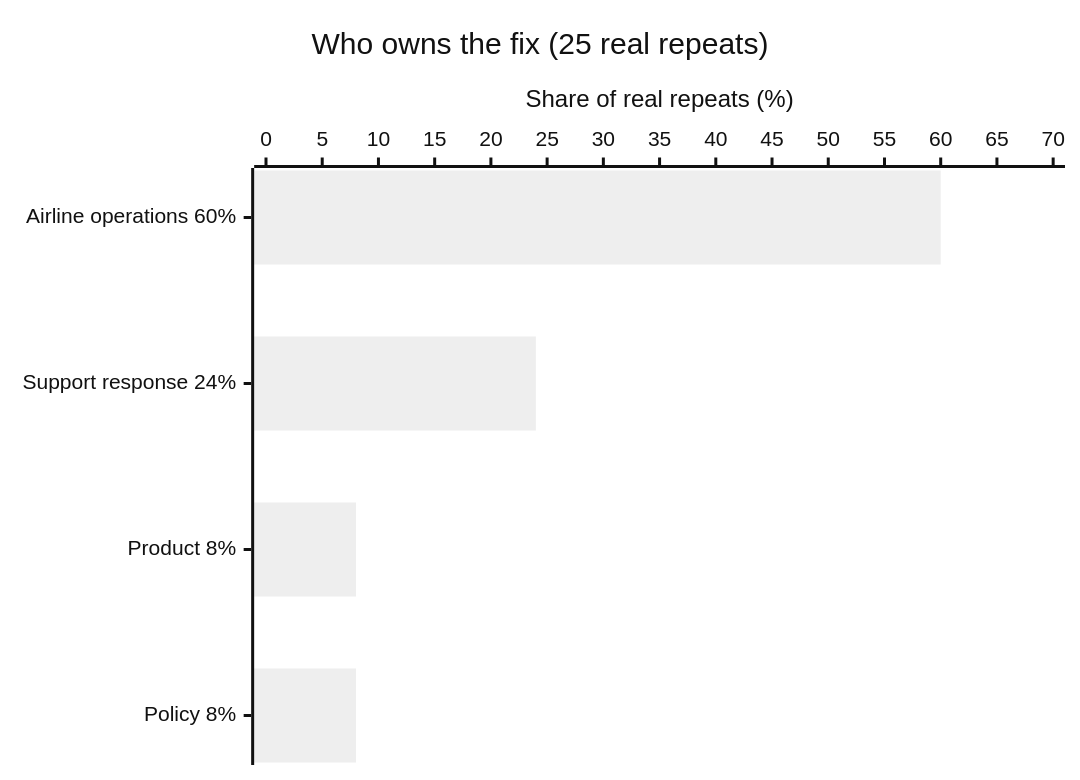
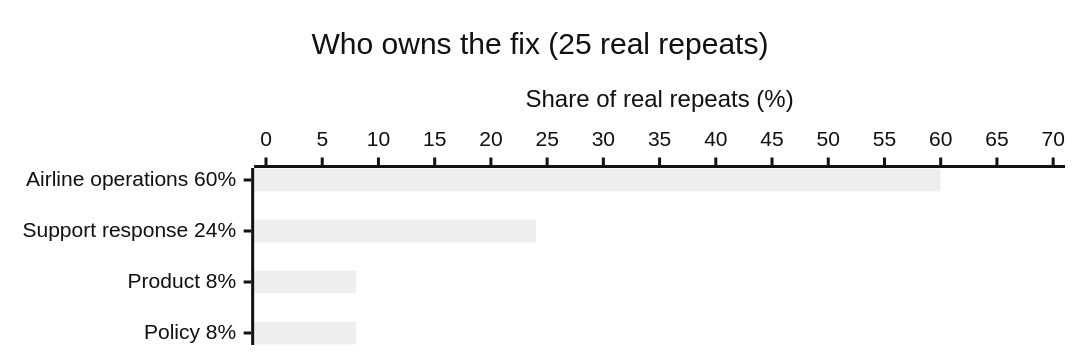
Before and after one commit to anthonydenike/ai-customer-service-evaluation-prototype: the second of 2 diagrams in README.md, drawn with Mermaid (neutral theme). The commit also changed other lines of this file, not shown here.

Commit message:
updated graph

````diff
--- a/README.md
+++ b/README.md
@@ -53,7 +54,8 @@
 ```mermaid
+%%{init: {"xyChart": {"width": 700, "height": 220}}}%%
 xychart-beta horizontal
     title "Who owns the fix (25 real repeats)"
     x-axis ["Airline operations 60%", "Support response 24%", "Product 8%", "Policy 8%"]
     y-axis "Share of real repeats (%)" 0 --> 70
     bar [60, 24, 8, 8]
 ```
````
